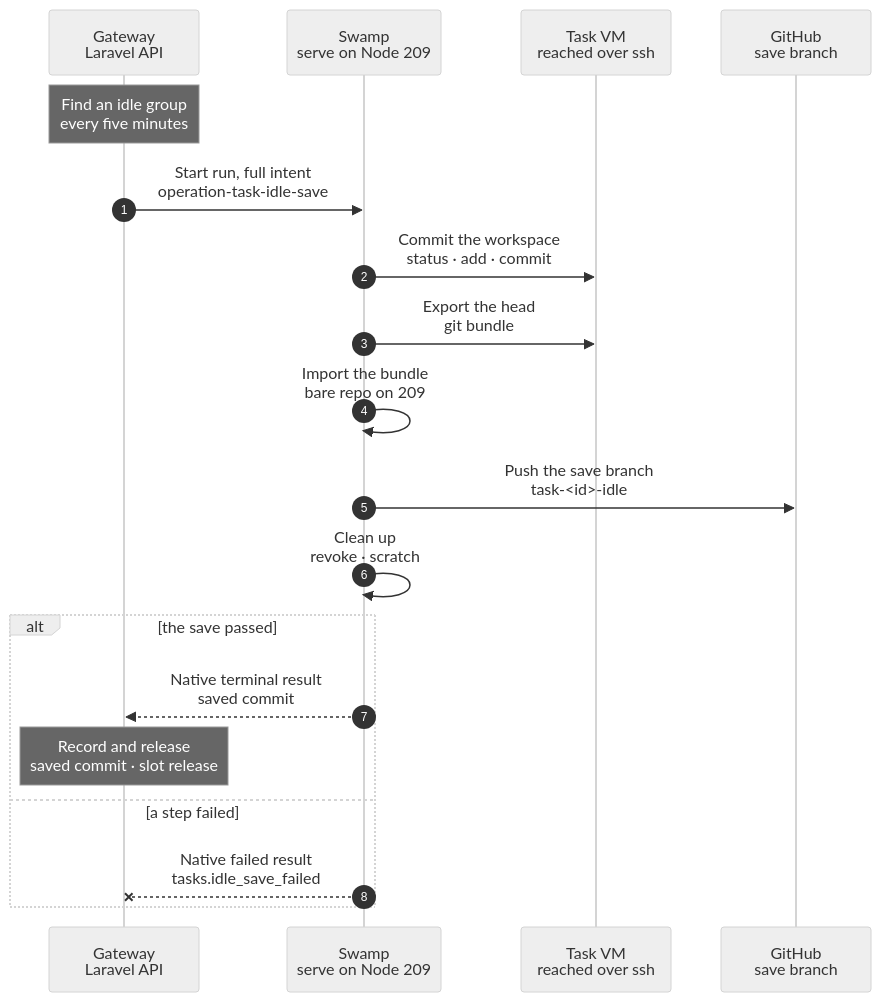
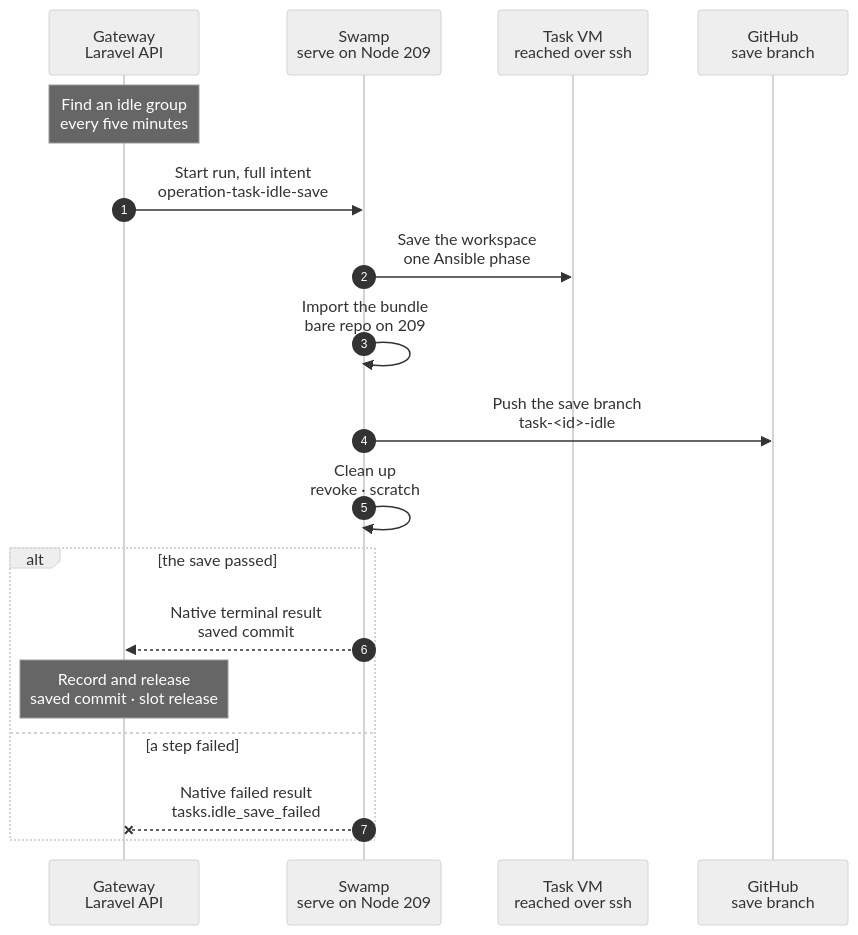
The diagram in docs/cli/task/idle-save.mmd (hardimpactdev/orbit), drawn with Mermaid (neutral theme) before and after one commit. The commit also changed 1 other file, not shown here.

Commit message:
docs(tasks): state what the idle save keeps and when a claim refuses it
Review findings: the save is one Ansible phase, so a failed read or
commit pushes nothing; review rounds and builds refuse a save ahead of
their head; a diverged save refuses claims instead of being overwritten;
three failed saves in a row ask for assistance; ignored files, stashes,
other branches and the Pi session are not saved; the save branch stays.

```diff
--- a/docs/cli/task/idle-save.mmd
+++ b/docs/cli/task/idle-save.mmd
@@ -1,54 +1,57 @@
 sequenceDiagram
   %% Target design (Nick 2026-11-09, PR #3288): an idle release never loses work. Before the VM of an idle group goes, its workspace is saved to origin, and the next claim continues from that save.
   %% status: draft
   %% command: none · the idle release of a task VM
   %% kind: tasks.idle_save
   autonumber
   %% lane GW icon=gateway pill=intent tone=blue
   %% lane SW icon=workflow pill=executes tone=green
   %% lane VM icon=terminal pill=target tone=amber
   %% lane GH icon=server pill=target tone=purple
   participant GW as Gateway<br/>Laravel API
   participant SW as Swamp<br/>serve on Node 209
   participant VM as Task VM<br/>reached over ssh
   participant GH as GitHub<br/>save branch
   Note over GW: Find an idle group<br/>every five minutes
   %%> Who calls it:
   %%> - the Gateway job `ReleaseIdleTaskVms`, every five minutes; there is no command, route or MCP tool
   %%> Requirements:
   %%> - an open group whose task-pool VM is `ready`, with no open Operation on the group or on the VM, and no Operation other than an earlier idle save for 30 minutes
+  %%> - fewer than three failed idle saves in a row since the group's last other Operation
   %%> - origin has the task branch `task-<id>`, and it reaches the group's latest approved commit
   %%> - a `parked` VM gets its resume admitted instead; the next pass saves it once it runs
   %%> What it does:
   %%> - locks the group and the VM, asks again, and admits one `tasks.idle_save` run that holds the group
   %%> - names two `task-publish-token-<uuid>` vault keys for the token and the Git authorization header; it mints no value at admission
   GW->>SW: Start run, full intent<br/>operation-task-idle-save
-  SW->>VM: Commit the workspace<br/>status · add · commit
+  SW->>VM: Save the workspace<br/>one Ansible phase
   %%> What it does:
-  %%> - reads `git status --porcelain`; only when it lists changes, `git add --all` and one commit `Save the idle workspace` by Orbit, without hooks
+  %%> - `swamp/ansible/task-vm-idle-save.yml`, run from Node 209 over the VM's pinned host key: reads `git status --porcelain`; only when it lists changes, `git add --all` and one commit `Save the idle workspace` by Orbit, without hooks; checks the workspace is clean; bundles HEAD and fetches the bundle into the run folder
   %%> - a clean workspace keeps its HEAD; no empty commit is made
-  SW->>VM: Export the head<br/>git bundle
+  %%> - any failed task fails the phase, so nothing is pushed
+  %%> - files that `.gitignore` excludes, stashes, other branches and the Pi session are not saved
   SW->>SW: Import the bundle<br/>bare repo on 209
   %%> What it does:
-  %%> - copies the bundle over the official SSH copy, imports it into a scratch bare repository and reads the saved commit
+  %%> - imports the bundle into a bare repository in the run folder and reads the saved commit
   SW->>GH: Push the save branch<br/>task-<id>-idle
   %%> What it does:
   %%> - mints a scoped push token through `task-github-mint` (purpose `publish`) when the step runs; no credential reaches the VM
   %%> - pushes the saved commit to `refs/heads/task-<id>-idle` with force: the branch belongs to this group and holds only its latest save
   %%> - the CI and the rulesets of the repository run on `main` and `task-*-handoff` only, so the push starts nothing
   SW->>SW: Clean up<br/>revoke · scratch
   alt the save passed
     SW-->>GW: Native terminal result<br/>saved commit
     Note over GW: Record and release<br/>saved commit · slot release
     %%> What it does:
     %%> - records the saved commit on the group, which keeps its status
     %%> - admits the release of the VM (`docs/cli/task/vm-release.mmd`) when the VM is still the group's and no Operation, such as a resume, is open on it
     %%> Later:
-    %%> - the next turn, build, fix or review round claims a fresh place; it starts from the saved commit when that holds the task branch head, and from the task branch otherwise
-    %%> - a save that the task branch moved past or away from stays on `task-<id>-idle`; reading the comparison fails the claim with `tasks.idle_save_unreadable` rather than drop the save
+    %%> - a turn or a prep fix claims a fresh place at the saved commit when that holds the task branch head; a review round or a build refuses with `tasks.idle_save_pending` while the save holds work beyond its head
+    %%> - a task branch that holds the save restores the branch; one that moved away refuses with `tasks.idle_save_diverged`, so the next save cannot overwrite it; an unreadable comparison refuses with `tasks.idle_save_unreadable`
   else a step failed
     SW--xGW: Native failed result<br/>tasks.idle_save_failed
     %%> Result:
     %%> - the VM stays and holds its place; nothing is released
     %%> - the failed save is no activity of the group, so the next pass saves again
+    %%> - after three failed saves in a row the idle release stops for the group, which asks for `failure` assistance; the driver's next Operation starts the count again
   end
```
